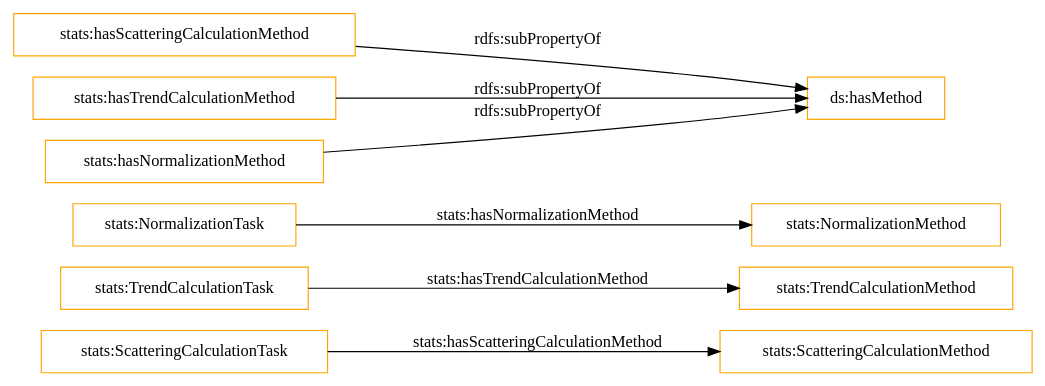
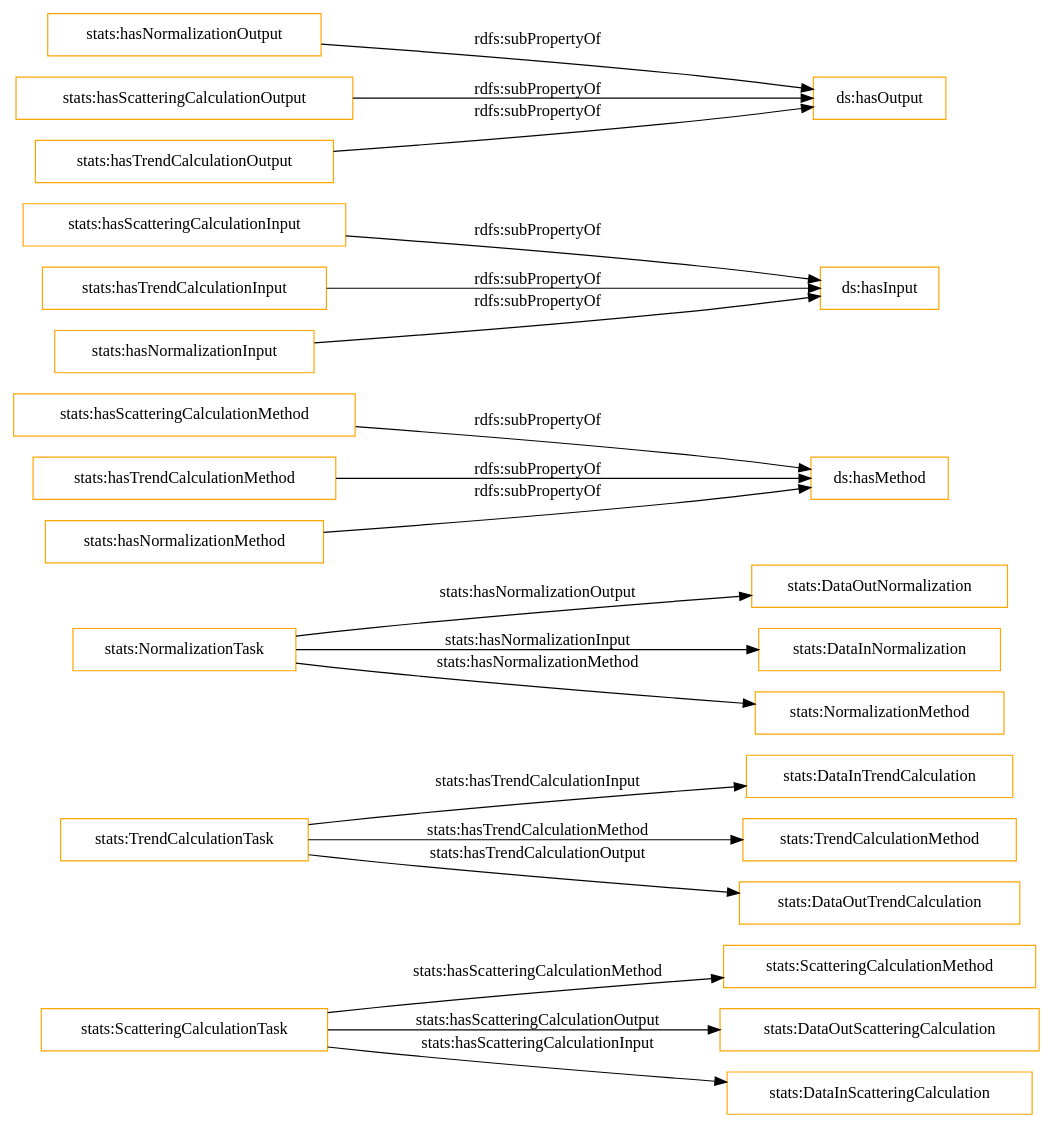
The diagram in OnToology/stats_exeKGOntology.ttl/diagrams/ar2dtool-class/stats_exeKGOntology.ttl.png.dot (nsai-uio/ExeKGOntology), drawn with Graphviz before and after one commit. The commit also changed 12 other files, not shown here.

```diff
--- a/OnToology/stats_exeKGOntology.ttl/diagrams/ar2dtool-class/stats_exeKGOntology.ttl.png.dot
+++ b/OnToology/stats_exeKGOntology.ttl/diagrams/ar2dtool-class/stats_exeKGOntology.ttl.png.dot
@@ -1,12 +1,24 @@
 digraph ar2dtool_diagram { 
 rankdir=LR;
 size="1501"
-node [shape = rectangle, color="orange"]; "stats:ScatteringCalculationMethod" "stats:TrendCalculationTask" "stats:NormalizationTask" "stats:NormalizationMethod" "stats:ScatteringCalculationTask" "stats:TrendCalculationMethod" ; /*classes style*/
+node [shape = rectangle, color="orange"]; "stats:ScatteringCalculationMethod" "stats:TrendCalculationTask" "stats:DataOutScatteringCalculation" "stats:NormalizationTask" "stats:DataOutNormalization" "stats:DataInTrendCalculation" "stats:DataInNormalization" "stats:DataInScatteringCalculation" "stats:NormalizationMethod" "stats:ScatteringCalculationTask" "stats:TrendCalculationMethod" "stats:DataOutTrendCalculation" ; /*classes style*/
 	"stats:hasScatteringCalculationMethod" -> "ds:hasMethod" [ label = "rdfs:subPropertyOf" ];
 	"stats:hasTrendCalculationMethod" -> "ds:hasMethod" [ label = "rdfs:subPropertyOf" ];
+	"stats:hasScatteringCalculationInput" -> "ds:hasInput" [ label = "rdfs:subPropertyOf" ];
+	"stats:hasTrendCalculationInput" -> "ds:hasInput" [ label = "rdfs:subPropertyOf" ];
+	"stats:hasNormalizationOutput" -> "ds:hasOutput" [ label = "rdfs:subPropertyOf" ];
+	"stats:hasScatteringCalculationOutput" -> "ds:hasOutput" [ label = "rdfs:subPropertyOf" ];
+	"stats:hasNormalizationInput" -> "ds:hasInput" [ label = "rdfs:subPropertyOf" ];
 	"stats:hasNormalizationMethod" -> "ds:hasMethod" [ label = "rdfs:subPropertyOf" ];
+	"stats:hasTrendCalculationOutput" -> "ds:hasOutput" [ label = "rdfs:subPropertyOf" ];
 	"stats:TrendCalculationTask" -> "stats:TrendCalculationMethod" [ label = "stats:hasTrendCalculationMethod" ];
+	"stats:ScatteringCalculationTask" -> "stats:DataInScatteringCalculation" [ label = "stats:hasScatteringCalculationInput" ];
+	"stats:ScatteringCalculationTask" -> "stats:DataOutScatteringCalculation" [ label = "stats:hasScatteringCalculationOutput" ];
 	"stats:NormalizationTask" -> "stats:NormalizationMethod" [ label = "stats:hasNormalizationMethod" ];
 	"stats:ScatteringCalculationTask" -> "stats:ScatteringCalculationMethod" [ label = "stats:hasScatteringCalculationMethod" ];
+	"stats:NormalizationTask" -> "stats:DataInNormalization" [ label = "stats:hasNormalizationInput" ];
+	"stats:TrendCalculationTask" -> "stats:DataOutTrendCalculation" [ label = "stats:hasTrendCalculationOutput" ];
+	"stats:TrendCalculationTask" -> "stats:DataInTrendCalculation" [ label = "stats:hasTrendCalculationInput" ];
+	"stats:NormalizationTask" -> "stats:DataOutNormalization" [ label = "stats:hasNormalizationOutput" ];
 
 }
```
